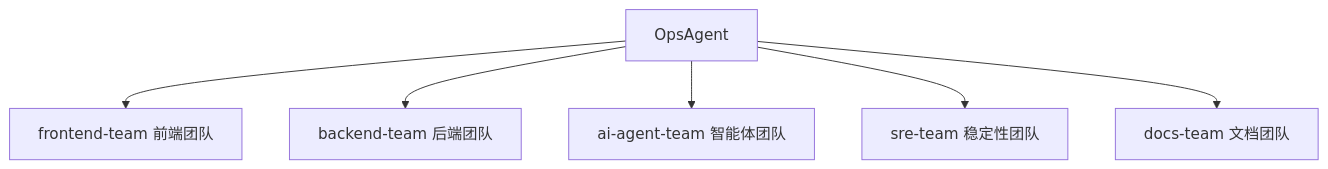
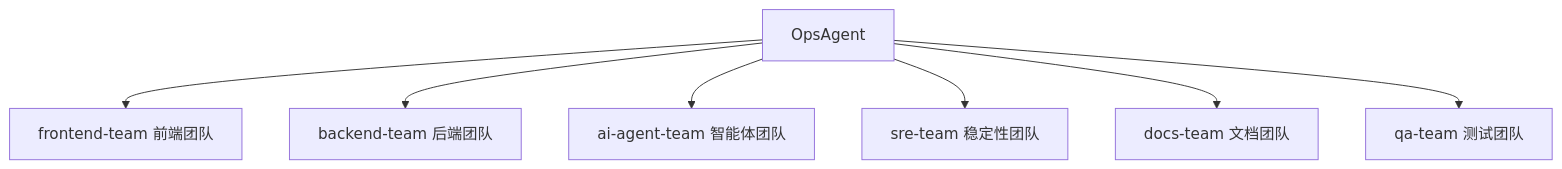
Before and after one commit to daxiguaguagua-hash/OpsAgent: the first of 2 diagrams in docs/team-ownership.md, drawn with Mermaid. The commit also changed other lines of this file and 12 other files, not shown here.

````diff
--- a/docs/team-ownership.md
+++ b/docs/team-ownership.md
@@ -5,8 +5,9 @@
 ```mermaid
 flowchart TD
   A[OpsAgent] --> B[frontend-team 前端团队]
   A --> C[backend-team 后端团队]
   A --> D[ai-agent-team 智能体团队]
   A --> E[sre-team 稳定性团队]
   A --> F[docs-team 文档团队]
+  A --> G[qa-team 测试团队]
 ```
````
